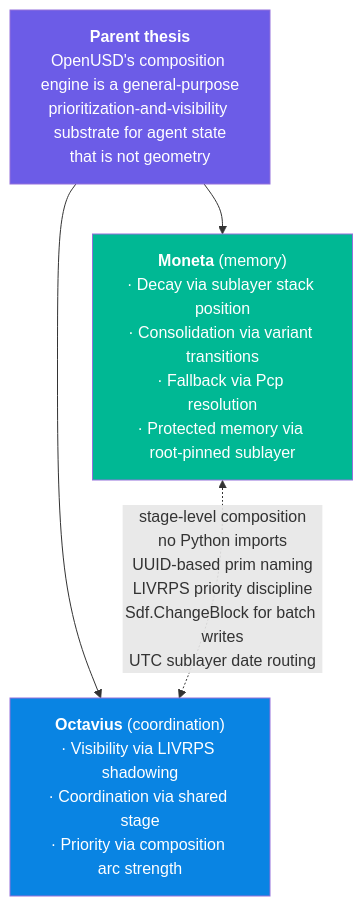
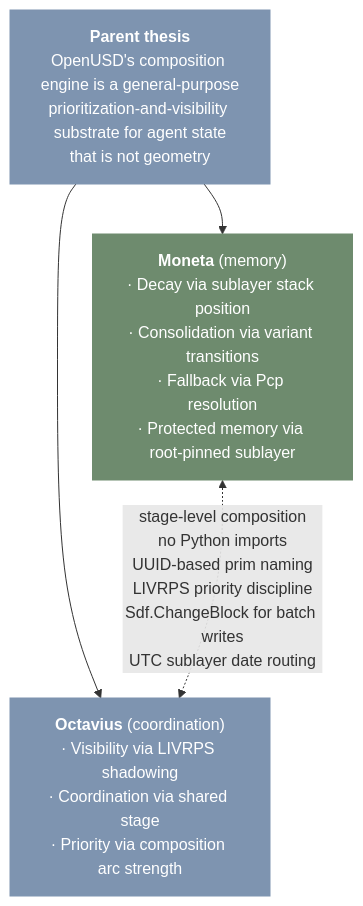
One commit to JosephOIbrahim/Moneta changed the eighth of 8 diagrams in README.md. Above: the diagram before and after it, drawn with Mermaid. The commit also changed other lines of this file and 1 other file, not shown here.

````diff
--- a/README.md
+++ b/README.md
@@ -427,17 +432,19 @@
 ```mermaid
 graph TB
     thesis["<b>Parent thesis</b><br/>OpenUSD's composition engine is a general-purpose<br/>prioritization-and-visibility substrate for agent state<br/>that is not geometry"]
 
     moneta["<b>Moneta</b> (memory)<br/>· Decay via sublayer stack position<br/>· Consolidation via variant transitions<br/>· Fallback via Pcp resolution<br/>· Protected memory via root-pinned sublayer"]
 
     octavius["<b>Octavius</b> (coordination)<br/>· Visibility via LIVRPS shadowing<br/>· Coordination via shared stage<br/>· Priority via composition arc strength"]
 
     thesis --> moneta
     thesis --> octavius
 
     moneta <-. "stage-level composition<br/>no Python imports<br/>UUID-based prim naming<br/>LIVRPS priority discipline<br/>Sdf.ChangeBlock for batch writes<br/>UTC sublayer date routing" .-> octavius
 
-    style thesis fill:#6c5ce7,color:#fff
-    style moneta fill:#00b894,color:#fff
-    style octavius fill:#0984e3,color:#fff
+    classDef green fill:#6E8B6E,color:#fff,stroke:#6E8B6E
+    classDef blue fill:#7E94B0,color:#fff,stroke:#7E94B0
+
+    class moneta green
+    class thesis,octavius blue
 ```
````
